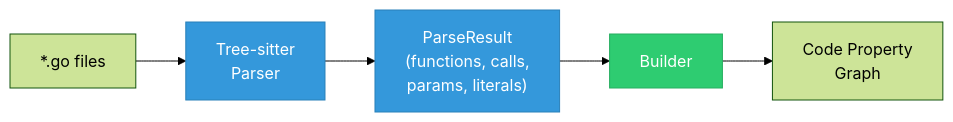
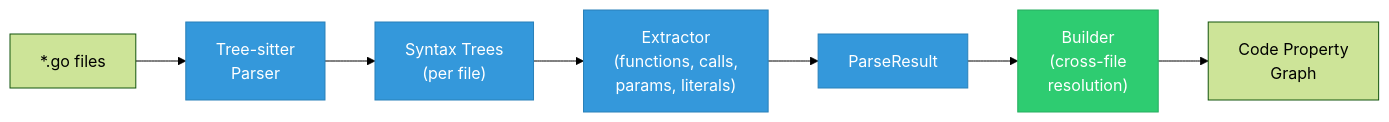
The second of 3 diagrams in site/docs/architecture/cpg.md (ugiordan/rhoai-architecture-analyzer), drawn with Mermaid (forest theme) before and after one commit. The commit also changed other lines of this file, not shown here.

First line of the commit message:
docs: explain AST and CPG concepts for non-compiler audiences

````diff
--- a/site/docs/architecture/cpg.md
+++ b/site/docs/architecture/cpg.md
@@ -60,12 +70,14 @@
 ```mermaid
 flowchart LR
     SRC["*.go files"] --> TS["Tree-sitter\nParser"]
-    TS --> PR["ParseResult\n(functions, calls,\nparams, literals)"]
-    PR --> BUILD["Builder"]
+    TS --> AST["Syntax Trees\n(per file)"]
+    AST --> EXT["Extractor\n(functions, calls,\nparams, literals)"]
+    EXT --> PR["ParseResult"]
+    PR --> BUILD["Builder\n(cross-file\nresolution)"]
     BUILD --> CPG["Code Property\nGraph"]
 
     classDef parse fill:#3498db,stroke:#2980b9,color:#fff
     classDef build fill:#2ecc71,stroke:#27ae60,color:#fff
-    class TS,PR parse
+    class TS,AST,EXT,PR parse
     class BUILD build
 ```
````
